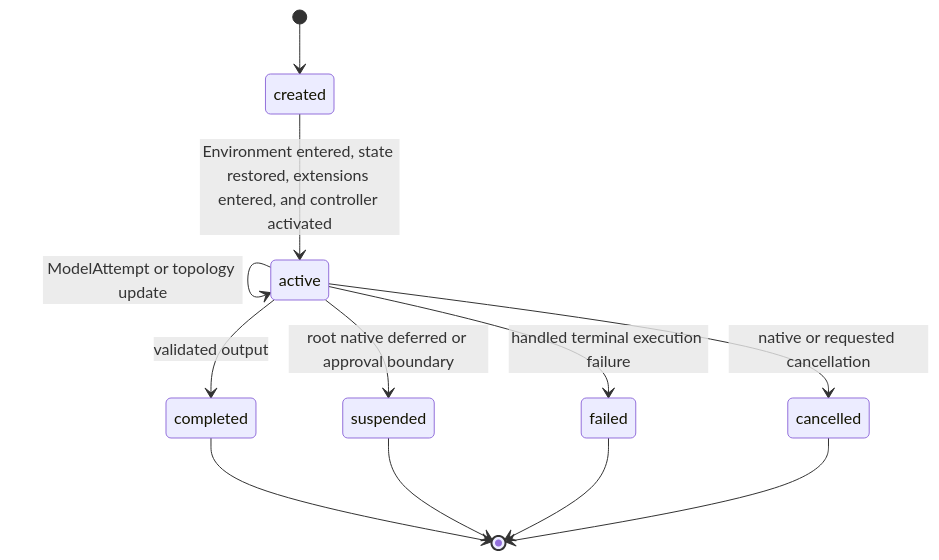
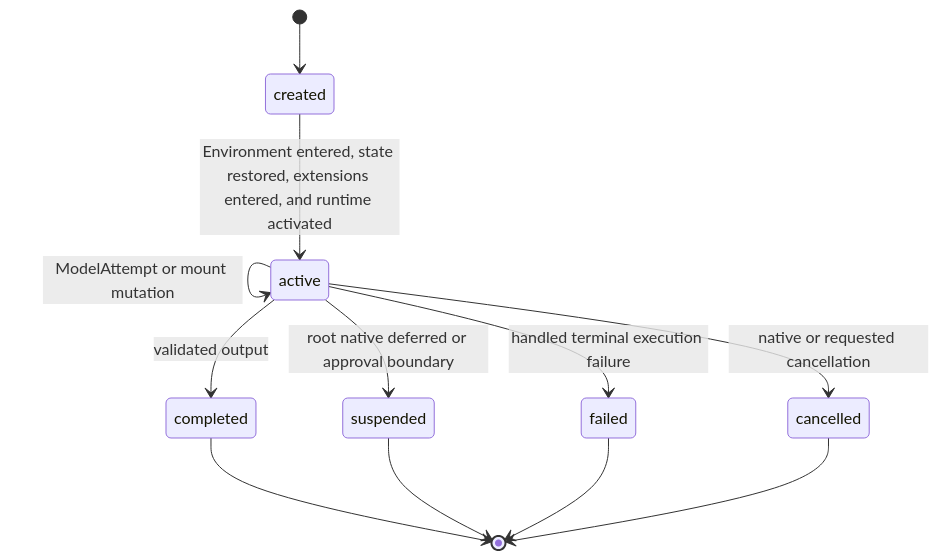
Before and after one commit to LTThreeComma/agent-foundation: the first of 2 diagrams in spec/agent-harness/06-execution-context-and-lifecycle.md, drawn with Mermaid. The commit also changed other lines of this file and 135 other files, not shown here.

Commit message:
refactor(environment): adopt runtime mount model (#56)

````diff
--- a/spec/agent-harness/06-execution-context-and-lifecycle.md
+++ b/spec/agent-harness/06-execution-context-and-lifecycle.md
@@ -70,14 +70,14 @@
 ```mermaid
 stateDiagram-v2
     [*] --> created
-    created --> active: Environment entered, state restored, extensions entered, and controller activated
-    active --> active: ModelAttempt or topology update
+    created --> active: Environment entered, state restored, extensions entered, and runtime activated
+    active --> active: ModelAttempt or mount mutation
     active --> completed: validated output
     active --> suspended: root native deferred or approval boundary
     active --> failed: handled terminal execution failure
     active --> cancelled: native or requested cancellation
     completed --> [*]
     suspended --> [*]
     failed --> [*]
     cancelled --> [*]
 ```
````
